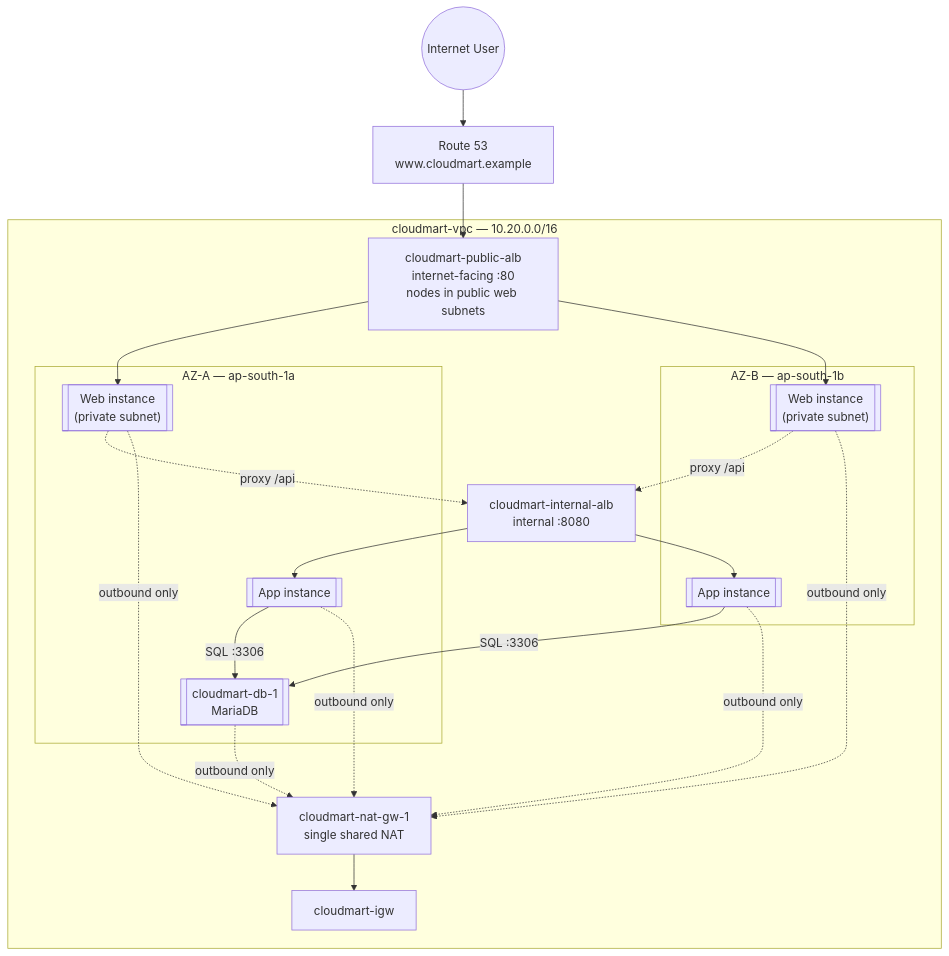
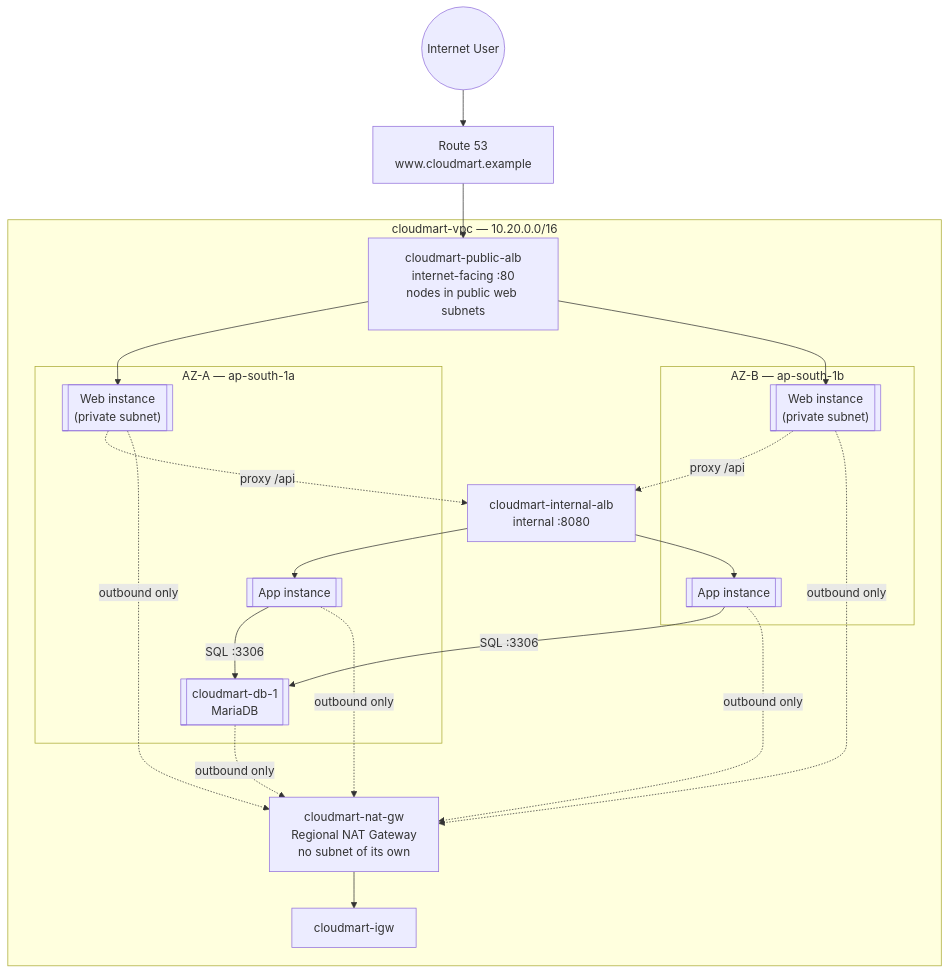
Before and after one commit to msdeepak052/AWS_Imp_Concepts: the first of 2 diagrams in Capstone-Project/Project-1/02-Architecture-and-Design.md, drawn with Mermaid. The commit also changed other lines of this file and 4 other files, not shown here.

Commit message:
Architecture updated

````diff
--- a/Capstone-Project/Project-1/02-Architecture-and-Design.md
+++ b/Capstone-Project/Project-1/02-Architecture-and-Design.md
@@ -11,34 +11,34 @@
 ```mermaid
 flowchart TB
     USER((Internet User)) --> R53[Route 53<br/>www.cloudmart.example]
     R53 --> PALB
 
     subgraph VPC["cloudmart-vpc — 10.20.0.0/16"]
         PALB[cloudmart-public-alb<br/>internet-facing :80<br/>nodes in public web subnets]
         IALB[cloudmart-internal-alb<br/>internal :8080]
         IGW[cloudmart-igw]
-        NAT1[cloudmart-nat-gw-1<br/>single shared NAT]
+        NAT1[cloudmart-nat-gw<br/>Regional NAT Gateway<br/>no subnet of its own]
 
         subgraph AZA["AZ-A — ap-south-1a"]
             WEB1[["Web instance<br/>(private subnet)"]]
             APP1[["App instance"]]
             DB1[["cloudmart-db-1<br/>MariaDB"]]
         end
 
         subgraph AZB["AZ-B — ap-south-1b"]
             WEB2[["Web instance<br/>(private subnet)"]]
             APP2[["App instance"]]
         end
 
         PALB --> WEB1
         PALB --> WEB2
         WEB1 -.proxy /api.-> IALB
         WEB2 -.proxy /api.-> IALB
         IALB --> APP1
         IALB --> APP2
         APP1 -->|SQL :3306| DB1
         APP2 -->|SQL :3306| DB1
         WEB1 & WEB2 & APP1 & APP2 & DB1 -.outbound only.-> NAT1
         NAT1 --> IGW
     end
 ```
````
